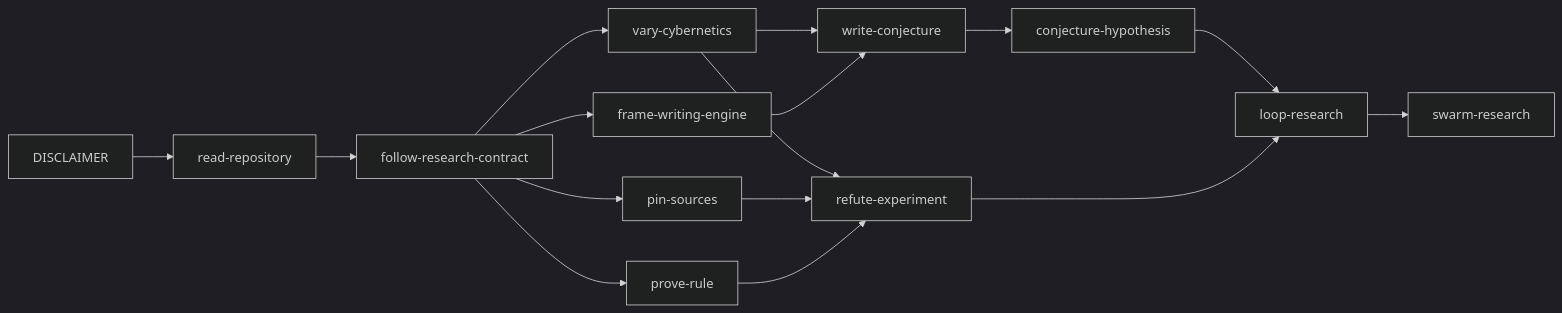
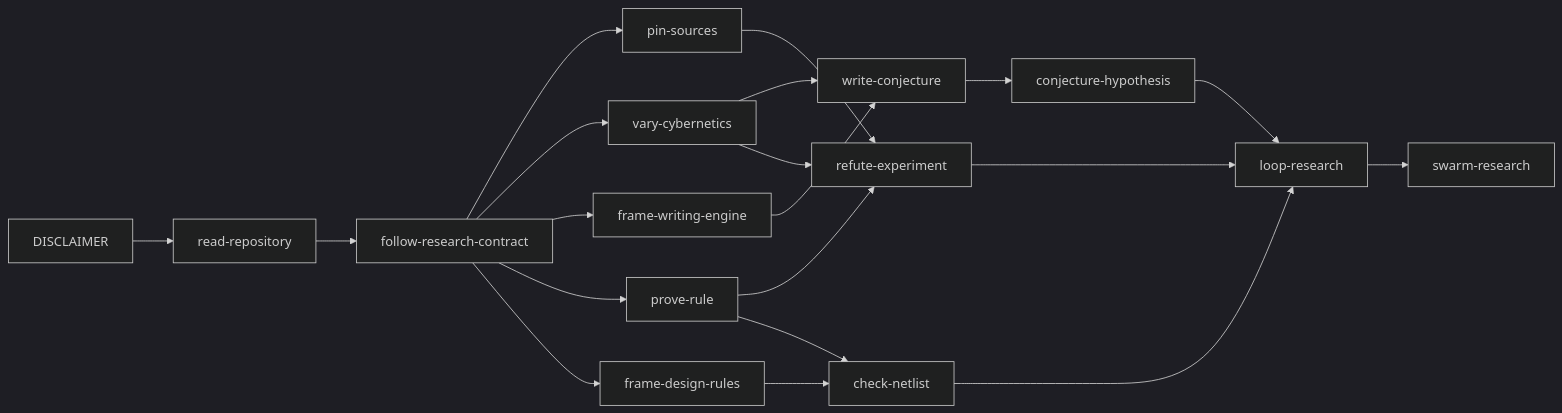
The diagram in docs/read-repository.md (wetware-hq/popper), drawn with Mermaid (dark theme) before and after one commit. The commit also changed other lines of this file and 9 other files, not shown here.

Commit message:
Checker: Cello's design rules, level propagation and the margin score

````diff
--- a/docs/read-repository.md
+++ b/docs/read-repository.md
@@ -49,18 +52,22 @@
 ```mermaid { type: notebook.cell }
 flowchart LR
     D[DISCLAIMER] --> R[read-repository]
     R --> C[follow-research-contract]
     C --> P[pin-sources]
     C --> V[vary-cybernetics]
     V --> W[write-conjecture]
     C --> F[frame-writing-engine]
     F --> W
     W --> H[conjecture-hypothesis]
     V --> E[refute-experiment]
     P --> E
     C --> X[prove-rule]
     X --> E
+    C --> G[frame-design-rules]
+    G --> N[check-netlist]
+    X --> N
+    N --> L
     H --> L[loop-research]
     E --> L
     L --> S[swarm-research]
 ```
````
